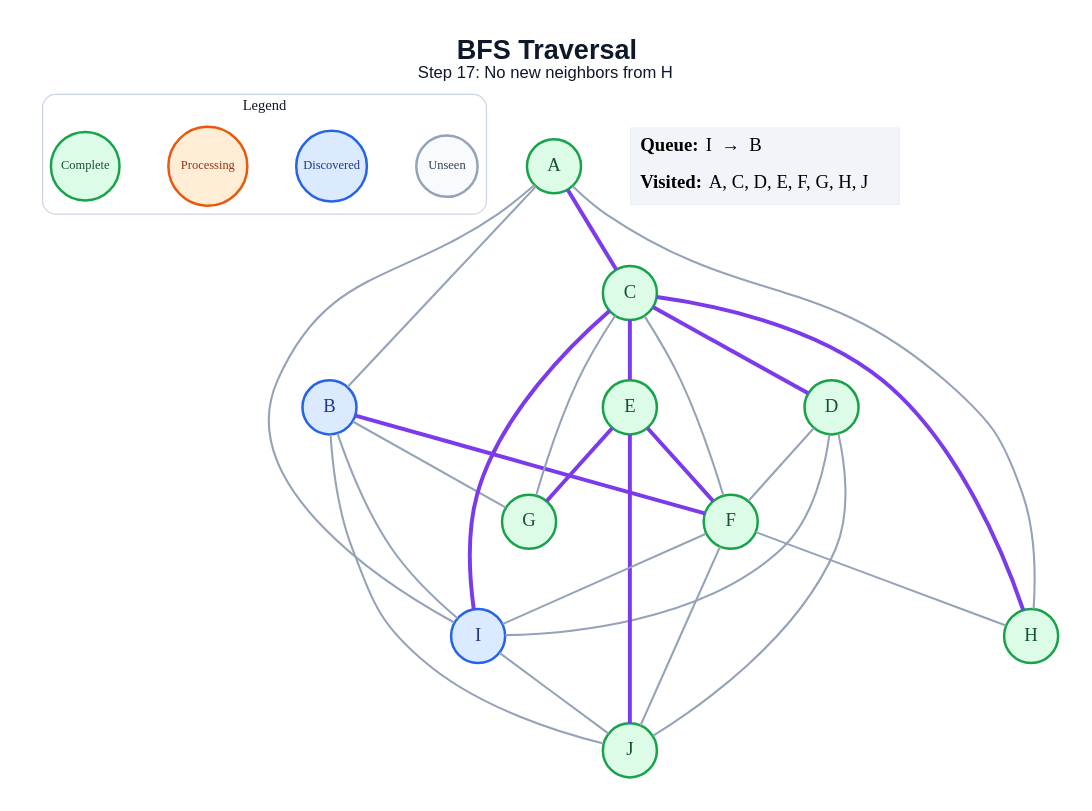
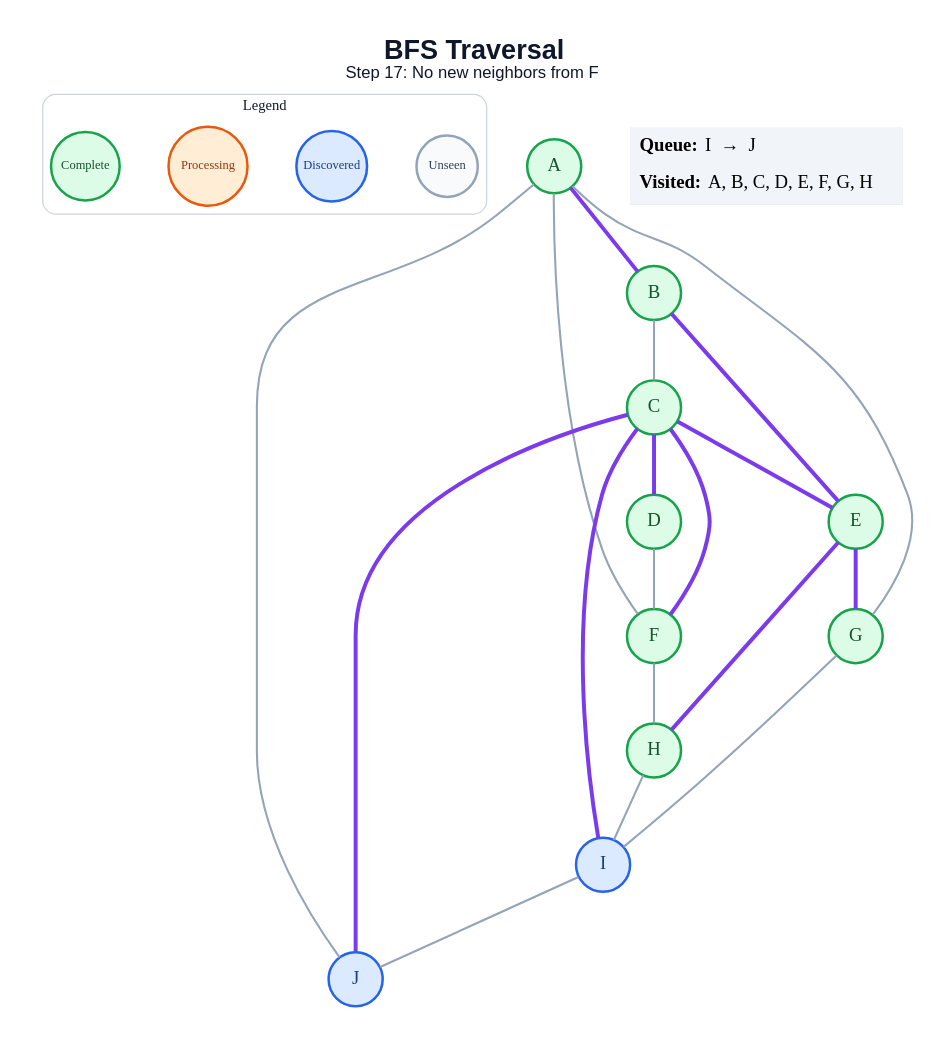
Before and after one commit to amanghodawala9/ai-slop: the diagram in generated/specific-node/bfs/step_17.dot, drawn with Graphviz. The commit also changed 178 other files, not shown here.

```diff
--- a/generated/specific-node/bfs/step_17.dot
+++ b/generated/specific-node/bfs/step_17.dot
@@ -1,53 +1,47 @@
 graph traversal {
   graph [layout=dot, rankdir=TB, bgcolor="#FFFFFF", pad="0.35", nodesep="0.65", ranksep="0.8", fontname="Arial"];
   node [shape=circle, style="filled", fontname="Arial Bold", fontsize=18, width=0.72, fixedsize=true, penwidth=2.4];
   edge [color="#94A3B8", penwidth=2.0];
-  label=<<B>BFS Traversal</B><BR/><FONT POINT-SIZE="16">Step 17: No new neighbors from H</FONT>>; labelloc="t"; fontsize=26; fontname="Arial"; fontcolor="#0F172A";
+  label=<<B>BFS Traversal</B><BR/><FONT POINT-SIZE="16">Step 17: No new neighbors from F</FONT>>; labelloc="t"; fontsize=26; fontname="Arial"; fontcolor="#0F172A";
   subgraph cluster_legend { label="Legend"; color="#CBD5E1"; penwidth=1.2; style="rounded"; fontsize=14; fontname="Arial Bold";
     key_unseen [label="Unseen", fillcolor="#F8FAFC", color="#94A3B8", fontcolor="#334155", fontsize=12, width=0.82];
     key_frontier [label="Discovered", fillcolor="#DBEAFE", color="#2563EB", fontcolor="#1E3A8A", fontsize=12, width=0.95];
     key_current [label="Processing", fillcolor="#FFEDD5", color="#EA580C", fontcolor="#9A3412", fontsize=12, width=1.05];
     key_done [label="Complete", fillcolor="#DCFCE7", color="#16A34A", fontcolor="#14532D", fontsize=12, width=0.92];
     { rank=same; key_unseen; key_frontier; key_current; key_done; }
   }
   A [fillcolor="#DCFCE7", color="#16A34A", fontcolor="#14532D"];
-  B [fillcolor="#DBEAFE", color="#2563EB", fontcolor="#1E3A8A"];
+  B [fillcolor="#DCFCE7", color="#16A34A", fontcolor="#14532D"];
   C [fillcolor="#DCFCE7", color="#16A34A", fontcolor="#14532D"];
   D [fillcolor="#DCFCE7", color="#16A34A", fontcolor="#14532D"];
   E [fillcolor="#DCFCE7", color="#16A34A", fontcolor="#14532D"];
   F [fillcolor="#DCFCE7", color="#16A34A", fontcolor="#14532D"];
   G [fillcolor="#DCFCE7", color="#16A34A", fontcolor="#14532D"];
   H [fillcolor="#DCFCE7", color="#16A34A", fontcolor="#14532D"];
   I [fillcolor="#DBEAFE", color="#2563EB", fontcolor="#1E3A8A"];
-  J [fillcolor="#DCFCE7", color="#16A34A", fontcolor="#14532D"];
-  A -- B;
-  A -- C [color="#7C3AED", penwidth=3.8];
-  A -- H;
-  A -- I;
-  B -- F [color="#7C3AED", penwidth=3.8];
-  B -- G;
-  B -- I;
-  B -- J;
+  J [fillcolor="#DBEAFE", color="#2563EB", fontcolor="#1E3A8A"];
+  A -- B [color="#7C3AED", penwidth=3.8];
+  A -- F;
+  A -- G;
+  A -- J;
+  B -- C;
+  B -- E [color="#7C3AED", penwidth=3.8];
   C -- D [color="#7C3AED", penwidth=3.8];
   C -- E [color="#7C3AED", penwidth=3.8];
-  C -- F;
-  C -- G;
-  C -- H [color="#7C3AED", penwidth=3.8];
+  C -- F [color="#7C3AED", penwidth=3.8];
   C -- I [color="#7C3AED", penwidth=3.8];
+  C -- J [color="#7C3AED", penwidth=3.8];
   D -- F;
-  D -- I;
-  D -- J;
-  E -- F [color="#7C3AED", penwidth=3.8];
   E -- G [color="#7C3AED", penwidth=3.8];
-  E -- J [color="#7C3AED", penwidth=3.8];
+  E -- H [color="#7C3AED", penwidth=3.8];
   F -- H;
-  F -- I;
-  F -- J;
+  G -- I;
+  H -- I;
   I -- J;
   status [shape=plain, fixedsize=false, width=0, height=0, margin=0, label=<
     <TABLE BORDER="0" CELLBORDER="0" CELLPADDING="7" BGCOLOR="#F1F5F9">
-      <TR><TD ALIGN="LEFT"><B>Queue:</B> I  →  B</TD></TR>
-      <TR><TD ALIGN="LEFT"><B>Visited:</B> A, C, D, E, F, G, H, J</TD></TR>
+      <TR><TD ALIGN="LEFT"><B>Queue:</B> I  →  J</TD></TR>
+      <TR><TD ALIGN="LEFT"><B>Visited:</B> A, B, C, D, E, F, G, H</TD></TR>
     </TABLE>
   >];
 }
```
